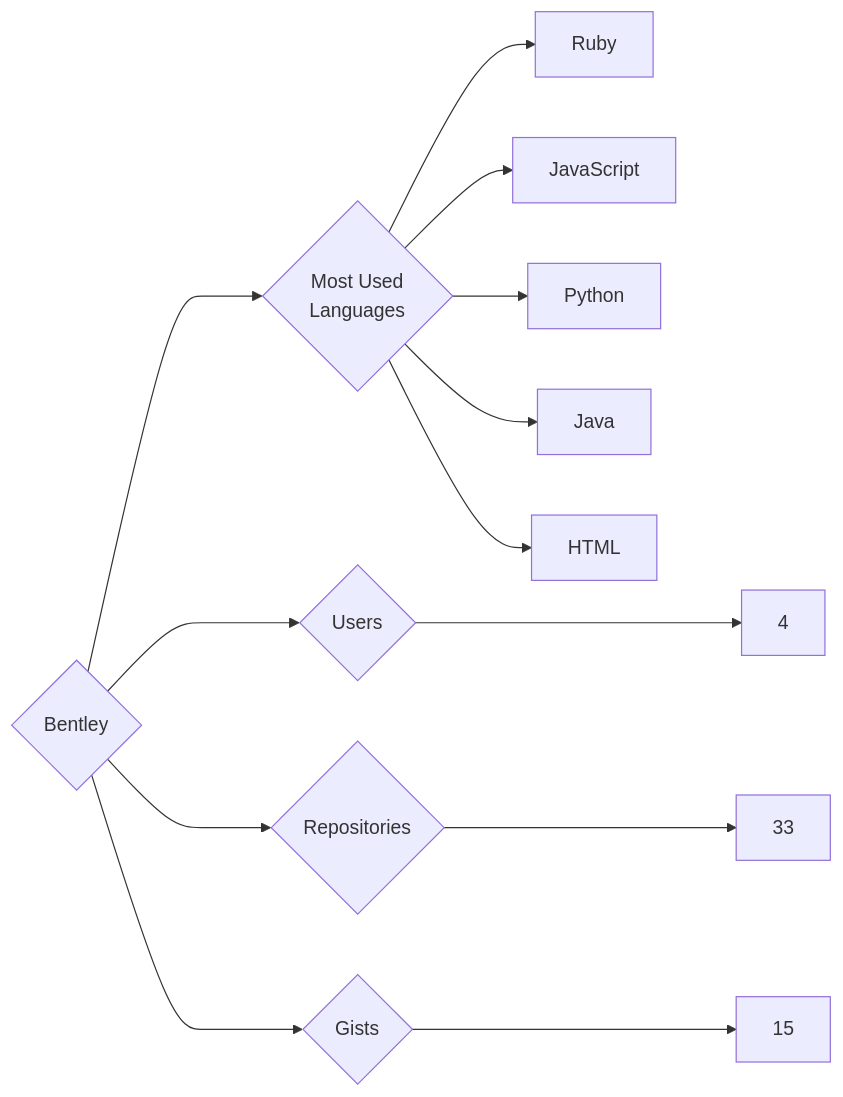
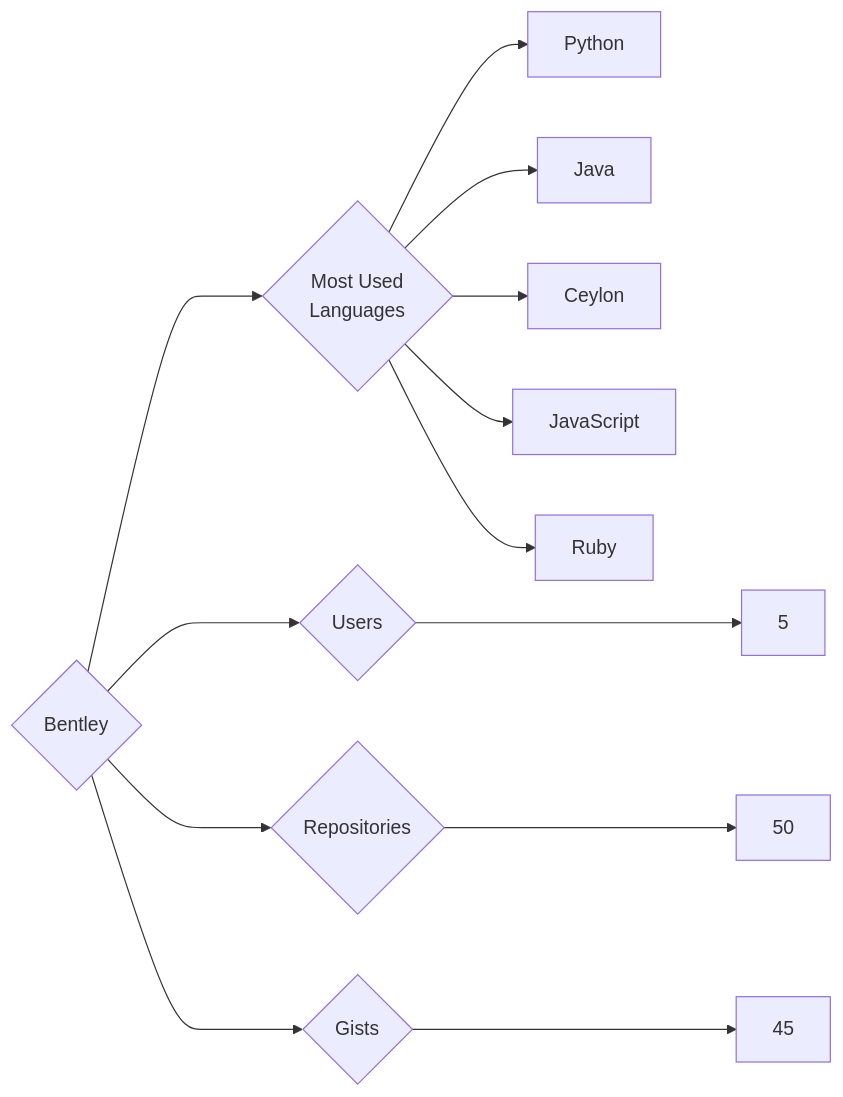
One commit to trickest/insiders changed the diagram in targets/Bentley/README.md. Above: the diagram before and after it, drawn with Mermaid. The commit also changed 1036 other files, not shown here.

````diff
--- a/targets/Bentley/README.md
+++ b/targets/Bentley/README.md
@@ -3,13 +3,13 @@
 ```mermaid
 graph LR
 COMPANY_NAME{Bentley}
-COMPANY_NAME ---> U{Users} ---> UN[4]
-COMPANY_NAME ---> R{Repositories} ---> RN[33]
-COMPANY_NAME ---> G{Gists} ---> GN[15]
+COMPANY_NAME ---> U{Users} ---> UN[5]
+COMPANY_NAME ---> R{Repositories} ---> RN[50]
+COMPANY_NAME ---> G{Gists} ---> GN[45]
 COMPANY_NAME ---> ML{Most Used<br>Languages}
-ML --> Ruby[Ruby]
-ML --> JavaScript[JavaScript]
 ML --> Python[Python]
 ML --> Java[Java]
-ML --> HTML[HTML]
+ML --> Ceylon[Ceylon]
+ML --> JavaScript[JavaScript]
+ML --> Ruby[Ruby]
 ```
````
